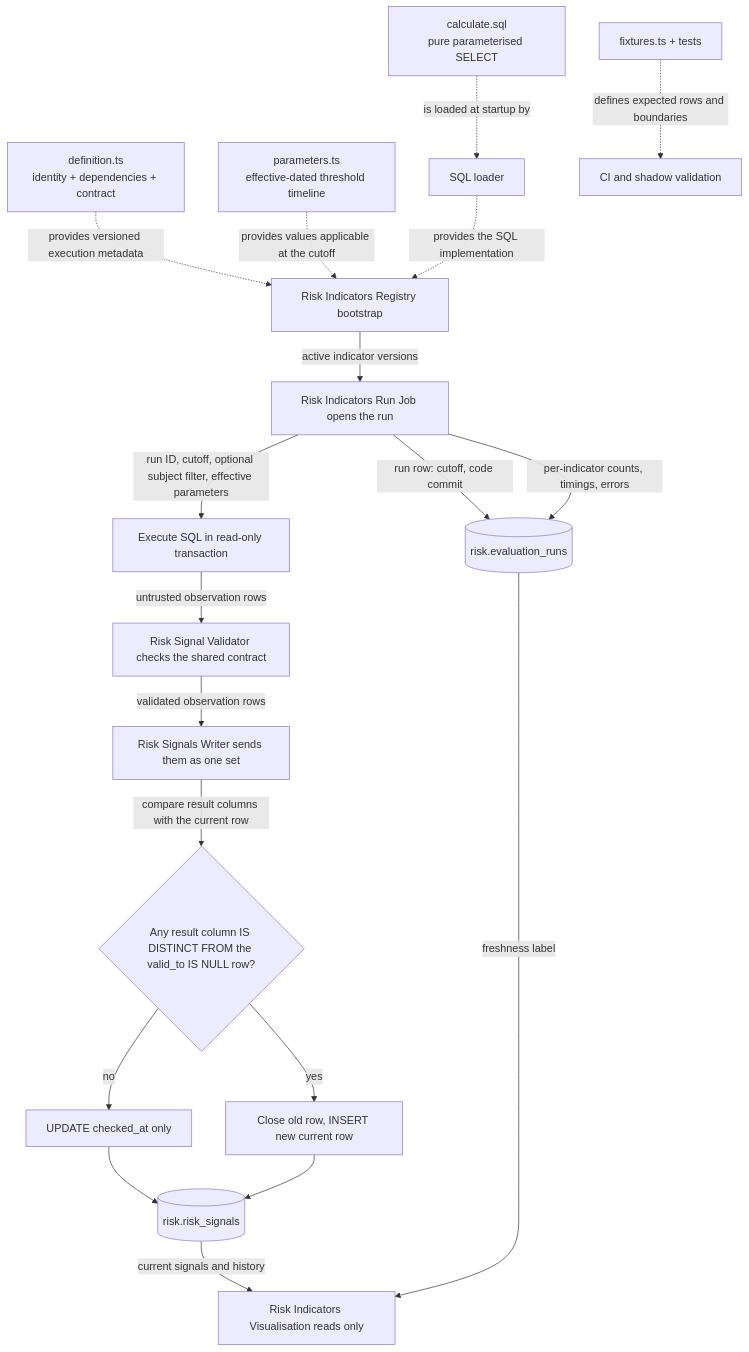
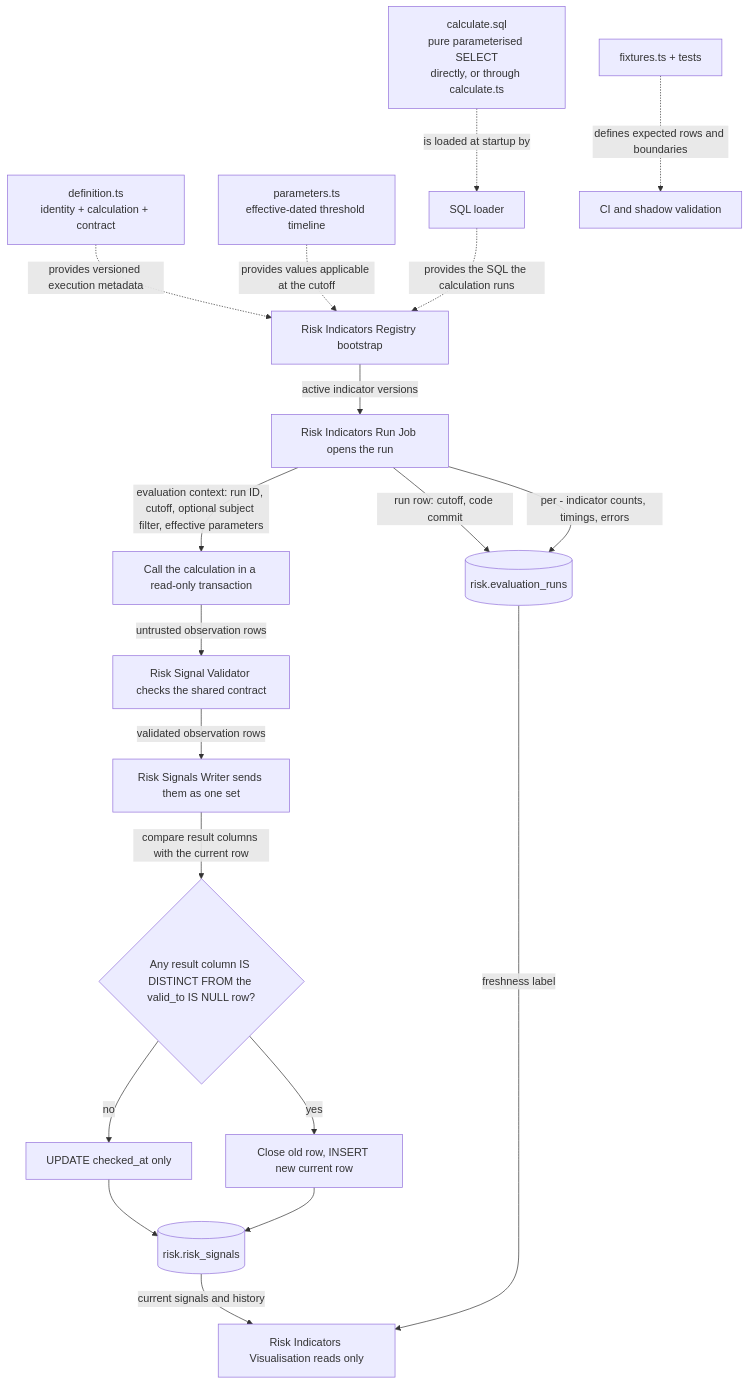
The third of 5 diagrams in docs/indicators-story/risk-service-architecture.md (Viespirkiu-grupe/viespirkiai), drawn with Mermaid before and after one commit. The commit also changed other lines of this file, not shown here.

````diff
--- a/docs/indicators-story/risk-service-architecture.md
+++ b/docs/indicators-story/risk-service-architecture.md
@@ -785,21 +986,21 @@
 ```mermaid
 flowchart TD
-    D[definition.ts<br/>identity + dependencies + contract] -.->|provides versioned execution metadata| R[Risk Indicators Registry bootstrap]
+    D[definition.ts<br/>identity + calculation + contract] -.->|provides versioned execution metadata| R[Risk Indicators Registry bootstrap]
     PM[parameters.ts<br/>effective-dated threshold timeline] -.->|provides values applicable at the cutoff| R
-    Q[calculate.sql<br/>pure parameterised SELECT] -.->|is loaded at startup by| L[SQL loader]
-    L -.->|provides the SQL implementation| R
+    Q[calculate.sql<br/>pure parameterised SELECT<br/>directly, or through calculate.ts] -.->|is loaded at startup by| L[SQL loader]
+    L -.->|provides the SQL the calculation runs| R
     F[fixtures.ts + tests] -.->|defines expected rows and boundaries| C[CI and shadow validation]
     R -->|active indicator versions| W[Risk Indicators Run Job opens the run]
     W -->|run row: cutoff, code commit| J[(risk.evaluation_runs)]
-    W -->|run ID, cutoff, optional subject filter, effective parameters| X[Execute SQL in read-only transaction]
+    W -->|evaluation context: run ID, cutoff, optional subject filter, effective parameters| X[Call the calculation in a read-only transaction]
     X -->|untrusted observation rows| V[Risk Signal Validator checks the shared contract]
     V -->|validated observation rows| A[Risk Signals Writer sends them as one set]
     A -->|compare result columns with the current row| G{Any result column IS DISTINCT FROM the valid_to IS NULL row?}
     G -->|no| SAME[UPDATE checked_at only]
     G -->|yes| NEW[Close old row, INSERT new current row]
     SAME --> H[(risk.risk_signals)]
     NEW --> H
-    W -->|per-indicator counts, timings, errors| J
+    W -->|per - indicator counts, timings, errors| J
     H -->|current signals and history| U[Risk Indicators Visualisation reads only]
     J -->|freshness label| U
 ```
````
